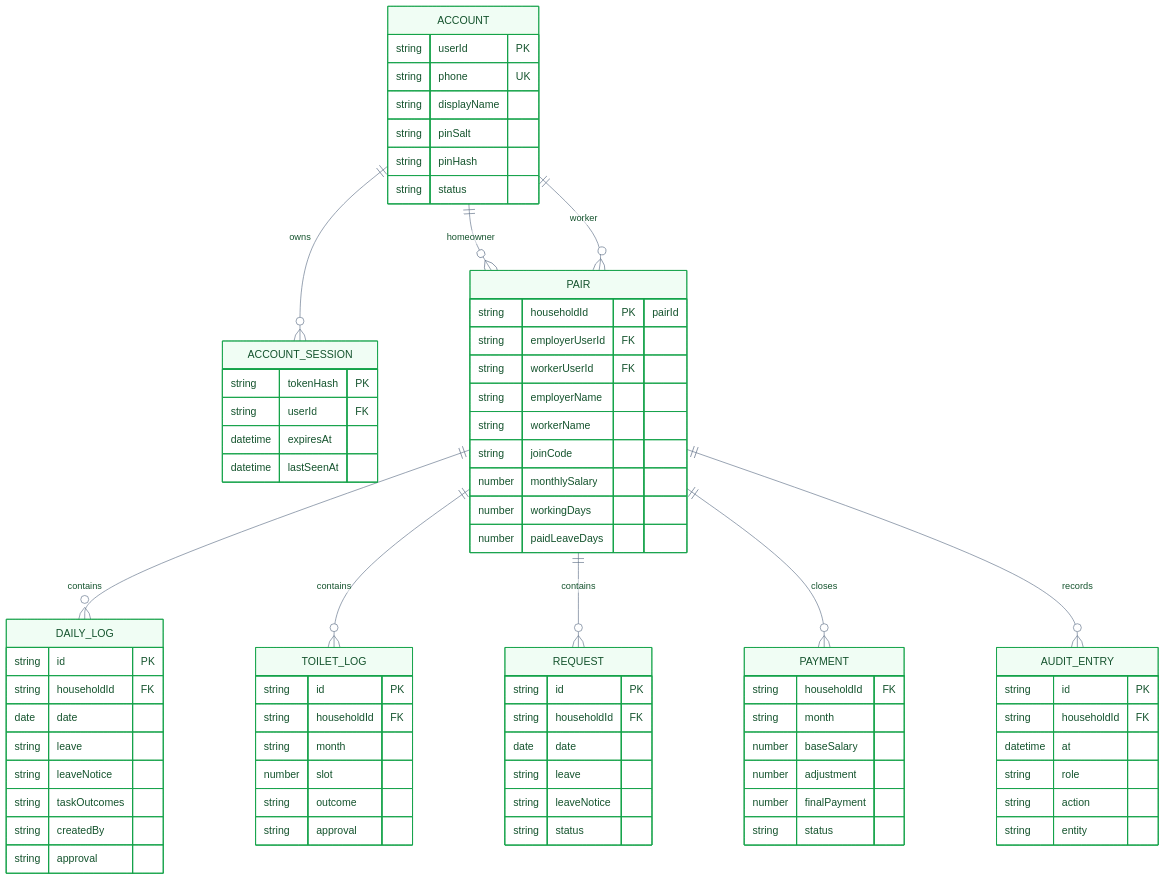
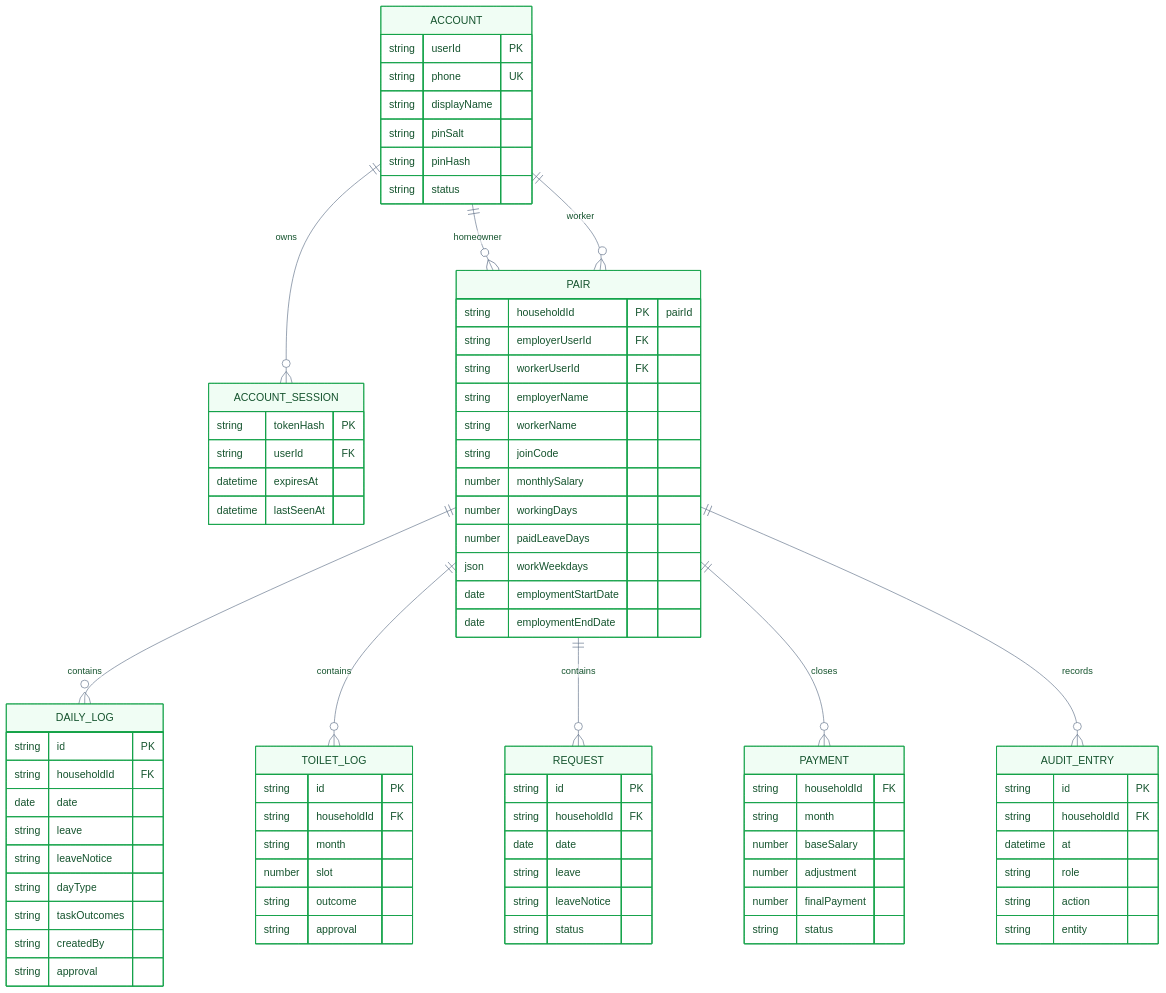
Before and after one commit to thechiranjeevjain/SaafHisaab: the sixth of 10 diagrams in docs/architecture/README.md, drawn with Mermaid. The commit also changed other lines of this file and 21 other files, not shown here.

```diff
--- a/docs/architecture/README.md
+++ b/docs/architecture/README.md
@@ -287,6 +287,9 @@
     number monthlySalary
     number workingDays
     number paidLeaveDays
+    json workWeekdays
+    date employmentStartDate
+    date employmentEndDate
   }
   DAILY_LOG {
     string id PK
@@ -294,6 +297,7 @@
     date date
     string leave
     string leaveNotice
+    string dayType
     string taskOutcomes
     string createdBy
     string approval
```
